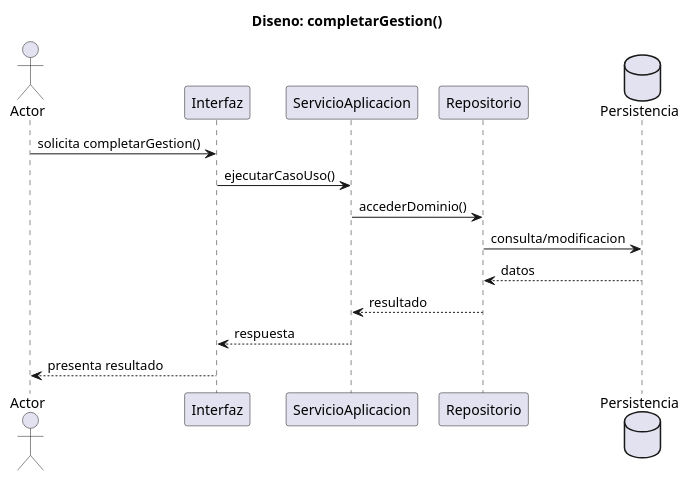
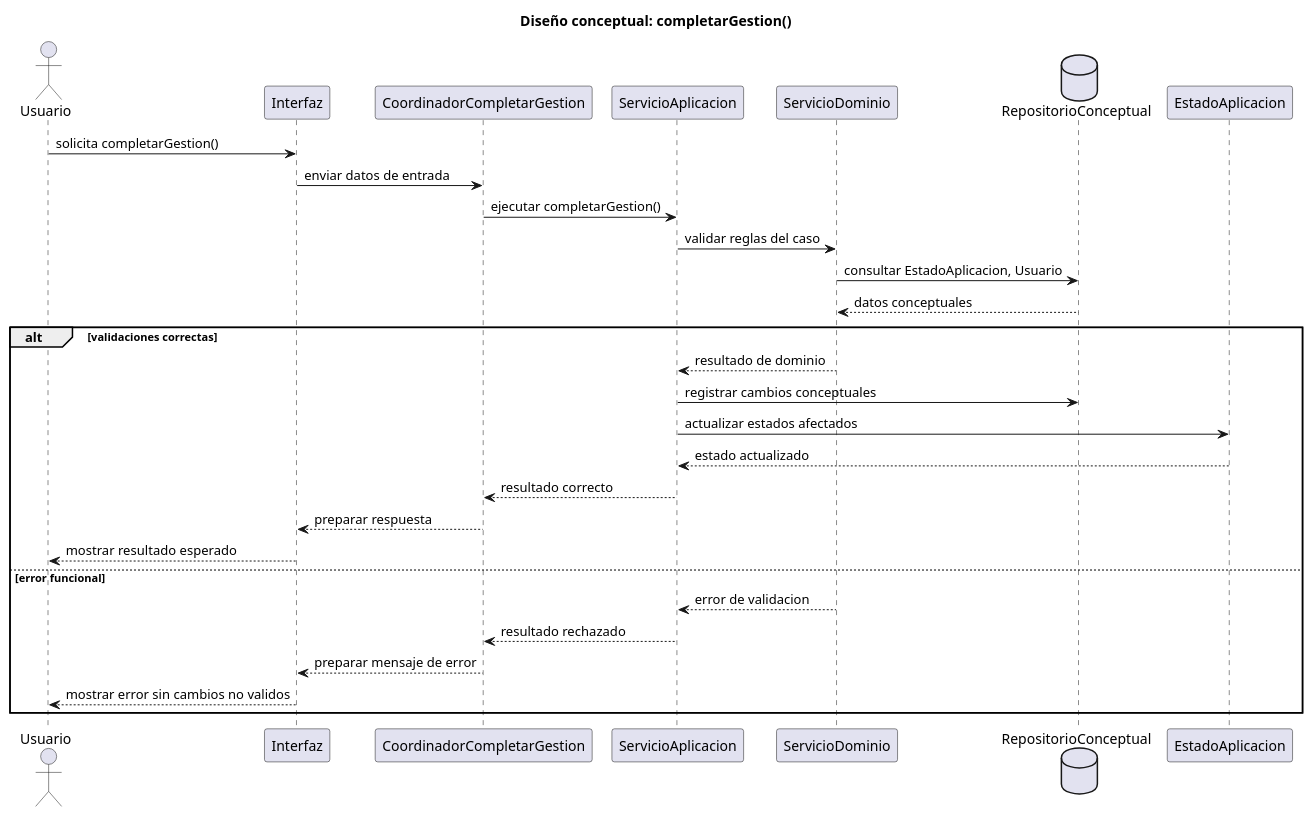
The diagram in documents/RUP/02-diseño/casos-uso/gestion-sesion/completarGestion/secuencia.puml (inigovaqueroo04/25-26-idsw2-sdVC), drawn with PlantUML before and after one commit. The commit also changed 55 other files, not shown here.

Commit message:
docs: completar diseño RUP conceptual

```diff
--- a/documents/RUP/02-diseño/casos-uso/gestion-sesion/completarGestion/secuencia.puml
+++ b/documents/RUP/02-diseño/casos-uso/gestion-sesion/completarGestion/secuencia.puml
@@ -1,19 +1,34 @@
 @startuml completarGestion-diseno-secuencia
-actor "Actor" as Actor
-participant "Interfaz" as UI
-participant "ServicioAplicacion" as Servicio
-participant "Repositorio" as Repositorio
-database "Persistencia" as BD
+title Diseño conceptual: completarGestion()
 
-title Diseno: completarGestion()
+actor "Usuario" as Usuario
+participant "Interfaz" as Interfaz
+participant "CoordinadorCompletarGestion" as Coordinador
+participant "ServicioAplicacion" as ServicioAplicacion
+participant "ServicioDominio" as ServicioDominio
+database "RepositorioConceptual" as Repositorio
+participant "EstadoAplicacion" as EstadoAplicacion
 
-Actor -> UI : solicita completarGestion()
-UI -> Servicio : ejecutarCasoUso()
-Servicio -> Repositorio : accederDominio()
-Repositorio -> BD : consulta/modificacion
-BD --> Repositorio : datos
-Repositorio --> Servicio : resultado
-Servicio --> UI : respuesta
-UI --> Actor : presenta resultado
+Usuario -> Interfaz : solicita completarGestion()
+Interfaz -> Coordinador : enviar datos de entrada
+Coordinador -> ServicioAplicacion : ejecutar completarGestion()
+ServicioAplicacion -> ServicioDominio : validar reglas del caso
+ServicioDominio -> Repositorio : consultar EstadoAplicacion, Usuario
+Repositorio --> ServicioDominio : datos conceptuales
+
+alt validaciones correctas
+  ServicioDominio --> ServicioAplicacion : resultado de dominio
+  ServicioAplicacion -> Repositorio : registrar cambios conceptuales
+  ServicioAplicacion -> EstadoAplicacion : actualizar estados afectados
+  EstadoAplicacion --> ServicioAplicacion : estado actualizado
+  ServicioAplicacion --> Coordinador : resultado correcto
+  Coordinador --> Interfaz : preparar respuesta
+  Interfaz --> Usuario : mostrar resultado esperado
+else error funcional
+  ServicioDominio --> ServicioAplicacion : error de validacion
+  ServicioAplicacion --> Coordinador : resultado rechazado
+  Coordinador --> Interfaz : preparar mensaje de error
+  Interfaz --> Usuario : mostrar error sin cambios no validos
+end
 
 @enduml
```
